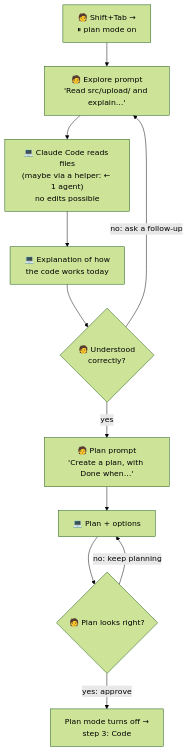
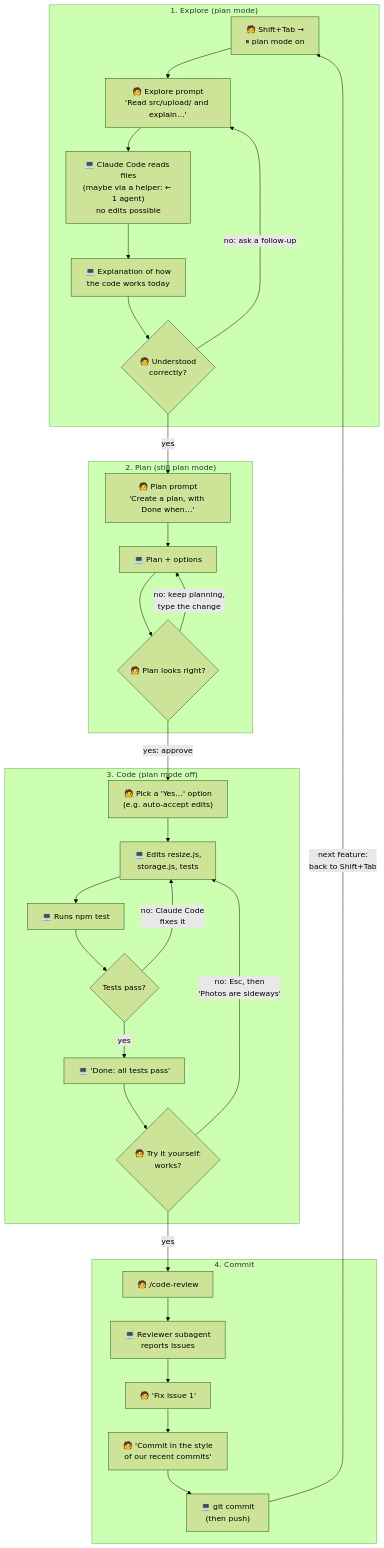
The second of 3 diagrams in 01_ClaudeCode101/05-explore-plan-code-commit.md (nirajp82/ClaudeArchitectProfessionalStudyGuide), drawn with Mermaid (forest theme) before and after one commit. The commit also changed other lines of this file and 1 other file, not shown here.

````diff
--- a/01_ClaudeCode101/05-explore-plan-code-commit.md
+++ b/01_ClaudeCode101/05-explore-plan-code-commit.md
@@ -227,13 +229,38 @@
 ```mermaid
 flowchart TD
-    S["🧑 Shift+Tab →<br/>⏸ plan mode on"] --> EP["🧑 Explore prompt<br/>'Read src/upload/ and explain…'"]
-    EP --> R["💻 Claude Code reads files<br/>(maybe via a helper: ← 1 agent)<br/>no edits possible"]
-    R --> EX["💻 Explanation of how<br/>the code works today"]
-    EX --> Q{"🧑 Understood<br/>correctly?"}
-    Q -- "no: ask a follow-up" --> EP
-    Q -- "yes" --> PP["🧑 Plan prompt<br/>'Create a plan, with Done when…'"]
-    PP --> PL["💻 Plan + options"]
-    PL --> A{"🧑 Plan looks right?"}
-    A -- "no: keep planning" --> PL
-    A -- "yes: approve" --> C["Plan mode turns off →<br/>step 3: Code"]
+    subgraph EXPLORE["1. Explore (plan mode)"]
+        S["🧑 Shift+Tab →<br/>⏸ plan mode on"] --> EP["🧑 Explore prompt<br/>'Read src/upload/ and explain…'"]
+        EP --> R["💻 Claude Code reads files<br/>(maybe via a helper: ← 1 agent)<br/>no edits possible"]
+        R --> EX["💻 Explanation of how<br/>the code works today"]
+        EX --> Q{"🧑 Understood<br/>correctly?"}
+        Q -- "no: ask a follow-up" --> EP
+    end
+
+    subgraph PLAN["2. Plan (still plan mode)"]
+        PP["🧑 Plan prompt<br/>'Create a plan, with Done when…'"] --> PL["💻 Plan + options"]
+        PL --> A{"🧑 Plan looks right?"}
+        A -- "no: keep planning,<br/>type the change" --> PL
+    end
+
+    subgraph CODE["3. Code (plan mode off)"]
+        Y["🧑 Pick a 'Yes…' option<br/>(e.g. auto-accept edits)"] --> ED["💻 Edits resize.js,<br/>storage.js, tests"]
+        ED --> T["💻 Runs npm test"]
+        T --> TP{"Tests pass?"}
+        TP -- "no: Claude Code<br/>fixes it" --> ED
+        TP -- "yes" --> DONE["💻 'Done: all tests pass'"]
+        DONE --> YOU{"🧑 Try it yourself:<br/>works?"}
+        YOU -- "no: Esc, then<br/>'Photos are sideways'" --> ED
+    end
+
+    subgraph COMMIT["4. Commit"]
+        CR["🧑 /code-review"] --> RV["💻 Reviewer subagent<br/>reports issues"]
+        RV --> FX["🧑 'Fix issue 1'"]
+        FX --> CM["🧑 'Commit in the style<br/>of our recent commits'"]
+        CM --> GC["💻 git commit<br/>(then push)"]
+    end
+
+    Q -- "yes" --> PP
+    A -- "yes: approve" --> Y
+    YOU -- "yes" --> CR
+    GC -- "next feature:<br/>back to Shift+Tab" --> S
 ```
````
